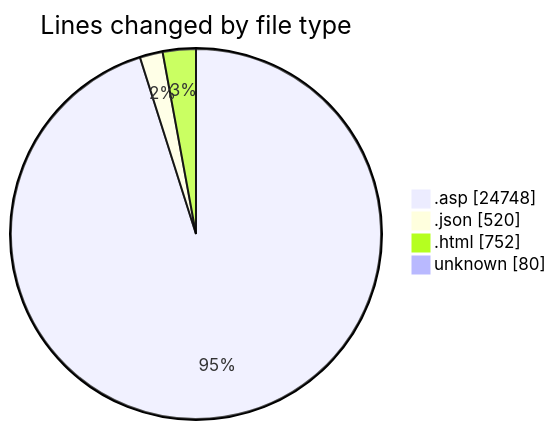
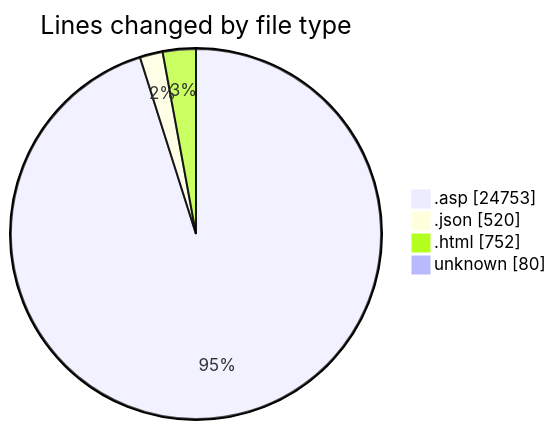
The first of 2 diagrams in 2025-11-01/cdp_aleoudev_fr__workspace_/README.md (julien-gomy/code-tracking), drawn with Mermaid before and after one commit. The commit also changed other lines of this file and 1 other file, not shown here.

````diff
--- a/2025-11-01/cdp_aleoudev_fr__workspace_/README.md
+++ b/2025-11-01/cdp_aleoudev_fr__workspace_/README.md
@@ -34,8 +34,8 @@
 ```mermaid
 pie showData
 title Lines changed by file type
-".asp" : 24748
+".asp" : 24753
 ".json" : 520
 ".html" : 752
 "unknown" : 80
 ```
````
